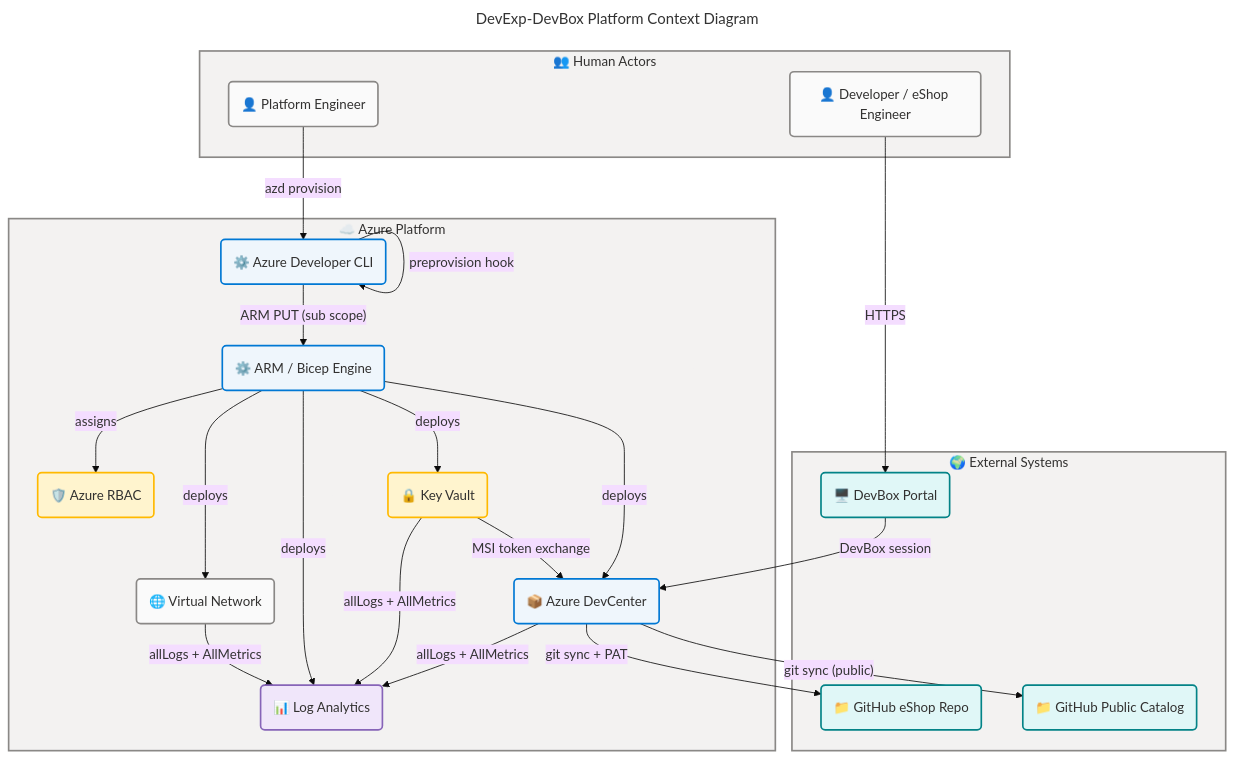
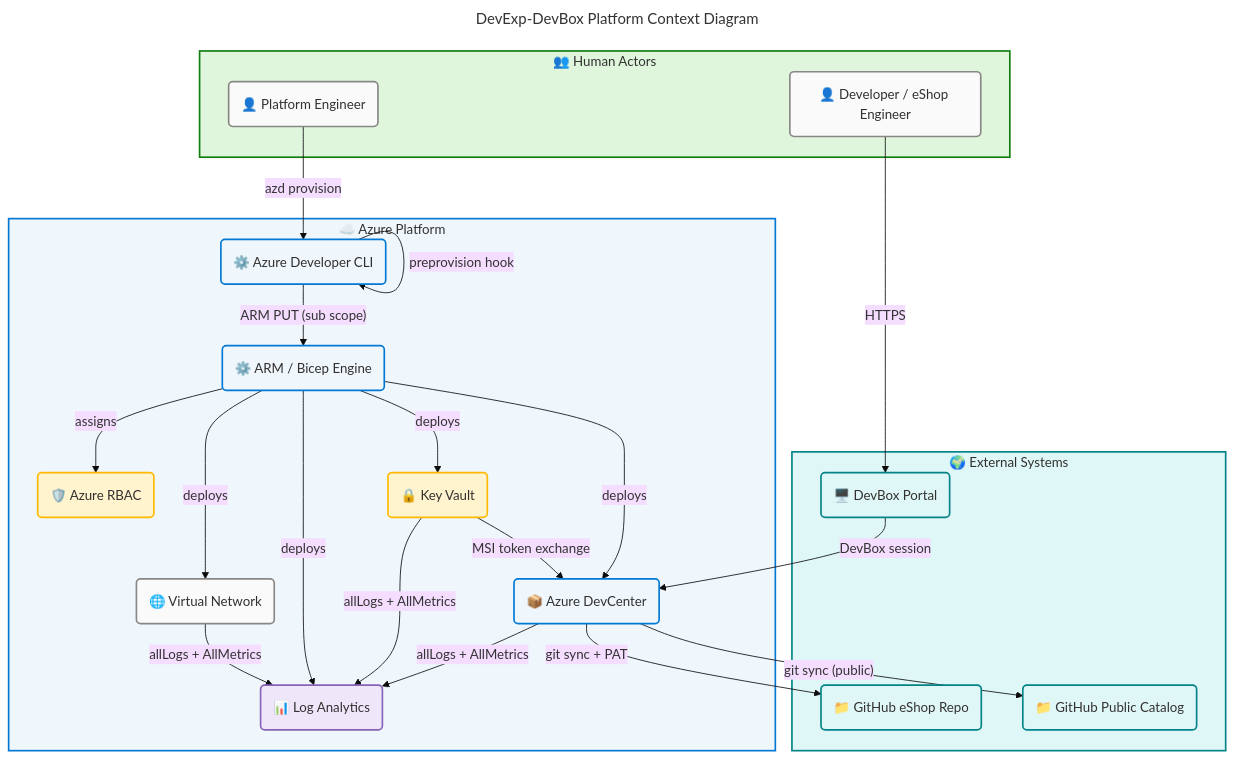
Before and after one commit to Evilazaro/DevExp-DevBox: the first of 7 diagrams in docs/architecture/application-architecture.md, drawn with Mermaid. The commit also changed other lines of this file and 1 other file, not shown here.

Commit message:
refactor: Update Mermaid diagram styles for improved visual clarity in application architecture documentation

````diff
--- a/docs/architecture/application-architecture.md
+++ b/docs/architecture/application-architecture.md
@@ -86,75 +86,75 @@
 ```mermaid
 ---
 title: "DevExp-DevBox Platform Context Diagram"
 config:
   theme: base
   look: classic
   layout: dagre
   themeVariables:
     fontSize: '16px'
   flowchart:
     htmlLabels: true
 ---
 flowchart TB
     accTitle: DevExp-DevBox Platform Context Diagram
     accDescr: C4-style context diagram showing platform actors, Azure services, and external systems
 
 %% ═══════════════════════════════════════════════════════════════════════════
 %% AZURE / FLUENT ARCHITECTURE PATTERN v1.1
 %% (Semantic + Structural + Font + Accessibility Governance)
 %% ═══════════════════════════════════════════════════════════════════════════
 %% PHASE 1 - FLUENT UI: All styling uses approved Fluent UI palette only
 %% PHASE 2 - GROUPS: Every subgraph has semantic color via style directive
 %% PHASE 3 - COMPONENTS: Every node has semantic classDef + icon prefix
 %% PHASE 4 - ACCESSIBILITY: accTitle/accDescr present, WCAG AA contrast
 %% PHASE 5 - STANDARD: Governance block present, classDefs centralized
 %% ═══════════════════════════════════════════════════════════════════════════
 
     subgraph Actors["👥 Human Actors"]
         PlatEng("👤 Platform Engineer"):::neutral
         DevEng("👤 Developer / eShop Engineer"):::neutral
     end
 
     subgraph AzurePlatform["☁️ Azure Platform"]
         AZDtool("⚙️ Azure Developer CLI"):::core
         ARMeng("⚙️ ARM / Bicep Engine"):::core
         DCsvc("📦 Azure DevCenter"):::core
         KVsvc("🔒 Key Vault"):::warning
         LAsvc("📊 Log Analytics"):::data
         VNetsvc("🌐 Virtual Network"):::neutral
         RBACsvc("🛡️ Azure RBAC"):::warning
     end
 
     subgraph ExtSystems["🌍 External Systems"]
         GHPub("📁 GitHub Public Catalog"):::external
         GHPriv("📁 GitHub eShop Repo"):::external
         DevPortal("🖥️ DevBox Portal"):::external
     end
 
     PlatEng -->|"azd provision"| AZDtool
     AZDtool -->|"preprovision hook"| AZDtool
     AZDtool -->|"ARM PUT (sub scope)"| ARMeng
     ARMeng -->|"deploys"| DCsvc
     ARMeng -->|"deploys"| KVsvc
     ARMeng -->|"deploys"| LAsvc
     ARMeng -->|"deploys"| VNetsvc
     ARMeng -->|"assigns"| RBACsvc
     DCsvc -->|"git sync (public)"| GHPub
     DCsvc -->|"git sync + PAT"| GHPriv
     KVsvc -->|"MSI token exchange"| DCsvc
     DCsvc -->|"allLogs + AllMetrics"| LAsvc
     KVsvc -->|"allLogs + AllMetrics"| LAsvc
     VNetsvc -->|"allLogs + AllMetrics"| LAsvc
     DevEng -->|"HTTPS"| DevPortal
     DevPortal -->|"DevBox session"| DCsvc
 
-    style Actors fill:#F3F2F1,stroke:#8A8886,stroke-width:2px,color:#323130
-    style AzurePlatform fill:#F3F2F1,stroke:#8A8886,stroke-width:2px,color:#323130
-    style ExtSystems fill:#F3F2F1,stroke:#8A8886,stroke-width:2px,color:#323130
+    style Actors fill:#DFF6DD,stroke:#107C10,stroke-width:2px,color:#323130
+    style AzurePlatform fill:#EFF6FC,stroke:#0078D4,stroke-width:2px,color:#323130
+    style ExtSystems fill:#E0F7F7,stroke:#038387,stroke-width:2px,color:#323130
 
     classDef neutral fill:#FAFAFA,stroke:#8A8886,stroke-width:2px,color:#323130
     classDef core fill:#EFF6FC,stroke:#0078D4,stroke-width:2px,color:#323130
     classDef warning fill:#FFF4CE,stroke:#FFB900,stroke-width:2px,color:#323130
     classDef data fill:#F0E6FA,stroke:#8764B8,stroke-width:2px,color:#323130
     classDef external fill:#E0F7F7,stroke:#038387,stroke-width:2px,color:#323130
 ```
````
